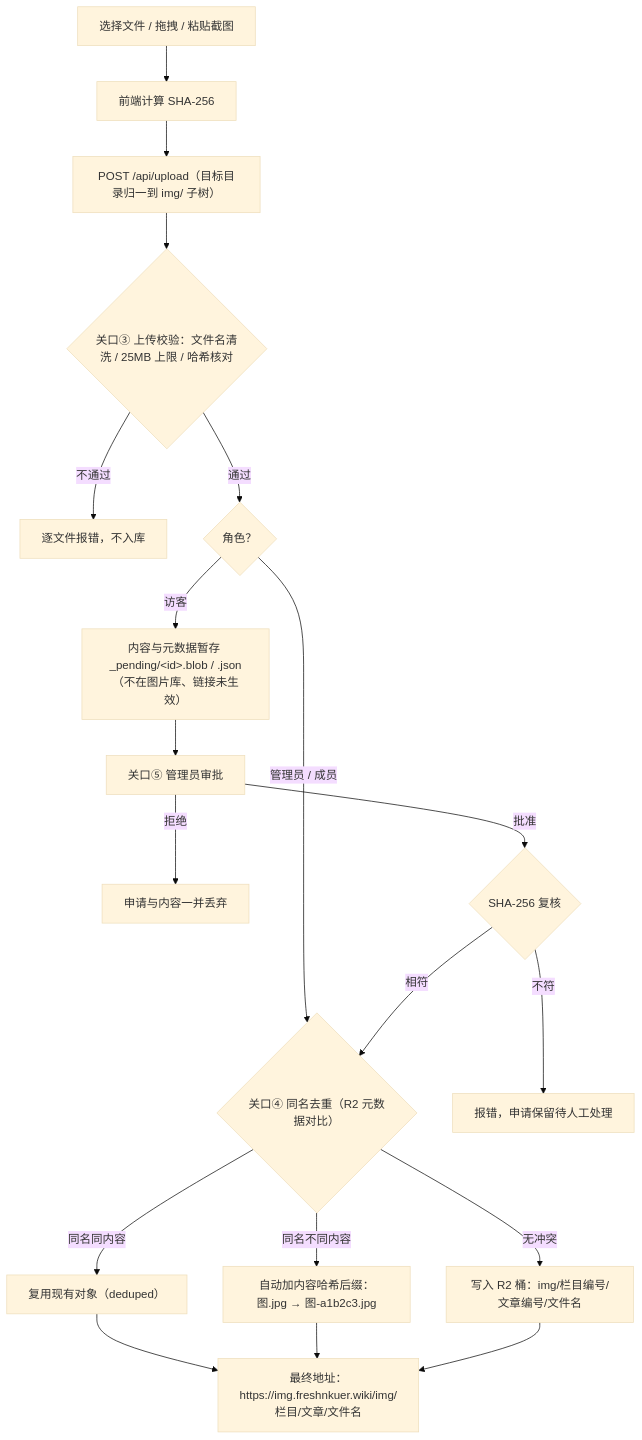
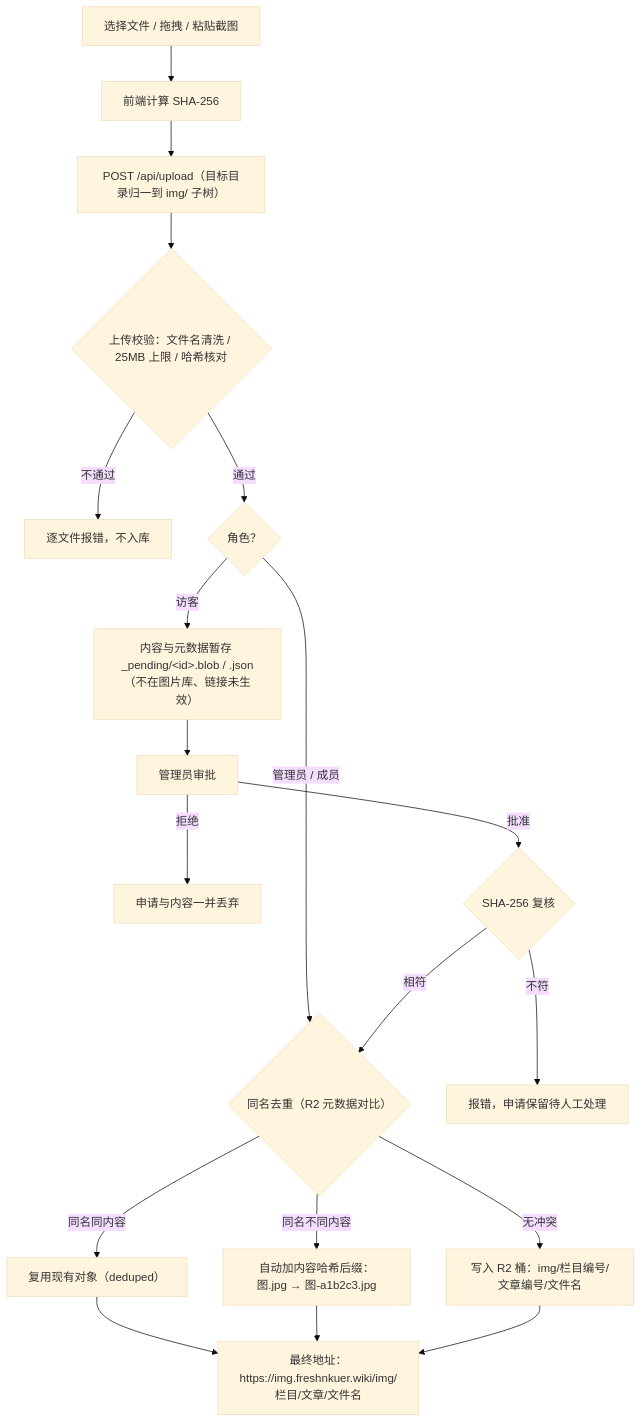
The diagram in image-uploader/README.md (NKUwiki/NKUwiki), drawn with Mermaid (base theme) before and after one commit. The commit also changed other lines of this file and 1 other file, not shown here.

First line of the commit message:
docs: 图床已启用，README 补验活闸门与同步方式

````diff
--- a/image-uploader/README.md
+++ b/image-uploader/README.md
@@ -63,21 +42,21 @@
 ```mermaid
 flowchart TD
     S["选择文件 / 拖拽 / 粘贴截图"] --> H["前端计算 SHA-256"]
     H --> P["POST /api/upload（目标目录归一到 img/ 子树）"]
-    P --> Q{"关口③ 上传校验：文件名清洗 / 25MB 上限 / 哈希核对"}
+    P --> Q{"上传校验：文件名清洗 / 25MB 上限 / 哈希核对"}
     Q -->|"不通过"| X1["逐文件报错，不入库"]
     Q -->|"通过"| ROLE{"角色？"}
-    ROLE -->|"管理员 / 成员"| DEDUP{"关口④ 同名去重（R2 元数据对比）"}
+    ROLE -->|"管理员 / 成员"| DEDUP{"同名去重（R2 元数据对比）"}
     ROLE -->|"访客"| PEND["内容与元数据暂存 _pending/&lt;id&gt;.blob / .json<br/>（不在图片库、链接未生效）"]
-    PEND --> REV["关口⑤ 管理员审批"]
+    PEND --> REV["管理员审批"]
     REV -->|"拒绝"| DEL["申请与内容一并丢弃"]
     REV -->|"批准"| CHK{"SHA-256 复核"}
     CHK -->|"不符"| KEEP["报错，申请保留待人工处理"]
     CHK -->|"相符"| DEDUP
     DEDUP -->|"同名同内容"| REUSE["复用现有对象（deduped）"]
     DEDUP -->|"同名不同内容"| REN["自动加内容哈希后缀：图.jpg → 图-a1b2c3.jpg"]
     DEDUP -->|"无冲突"| WRITE["写入 R2 桶：img/栏目编号/文章编号/文件名"]
     REUSE --> FINAL["最终地址：https://img.freshnkuer.wiki/img/栏目/文章/文件名"]
     REN --> FINAL
     WRITE --> FINAL
 ```
````
